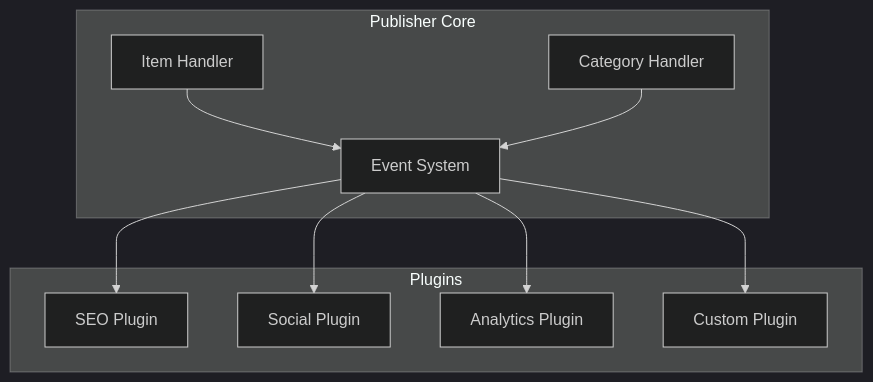
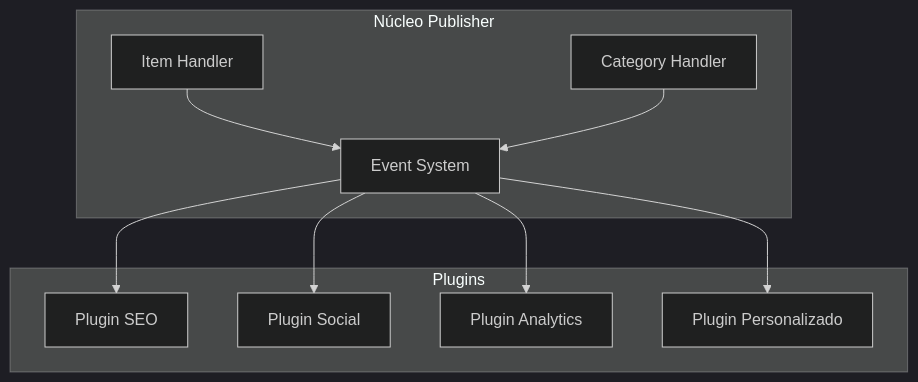
The second of 2 diagrams in apps/docs-27/src/content/docs/pt/modules/publisher/developer-guide/extending.md (mambax7/xoops-docs), drawn with Mermaid (dark theme) before and after one commit. The commit also changed other lines of this file and 162 other files, not shown here.

````diff
--- a/apps/docs-27/src/content/docs/pt/modules/publisher/developer-guide/extending.md
+++ b/apps/docs-27/src/content/docs/pt/modules/publisher/developer-guide/extending.md
@@ -444,23 +444,23 @@
 ```mermaid
 graph TB
-    subgraph "Publisher Core"
+    subgraph "Núcleo Publisher"
         A[Item Handler]
         B[Category Handler]
         C[Event System]
     end
 
     subgraph "Plugins"
-        D[SEO Plugin]
-        E[Social Plugin]
-        F[Analytics Plugin]
-        G[Custom Plugin]
+        D[Plugin SEO]
+        E[Plugin Social]
+        F[Plugin Analytics]
+        G[Plugin Personalizado]
     end
 
     C --> D
     C --> E
     C --> F
     C --> G
 
     A --> C
     B --> C
 ```
````
